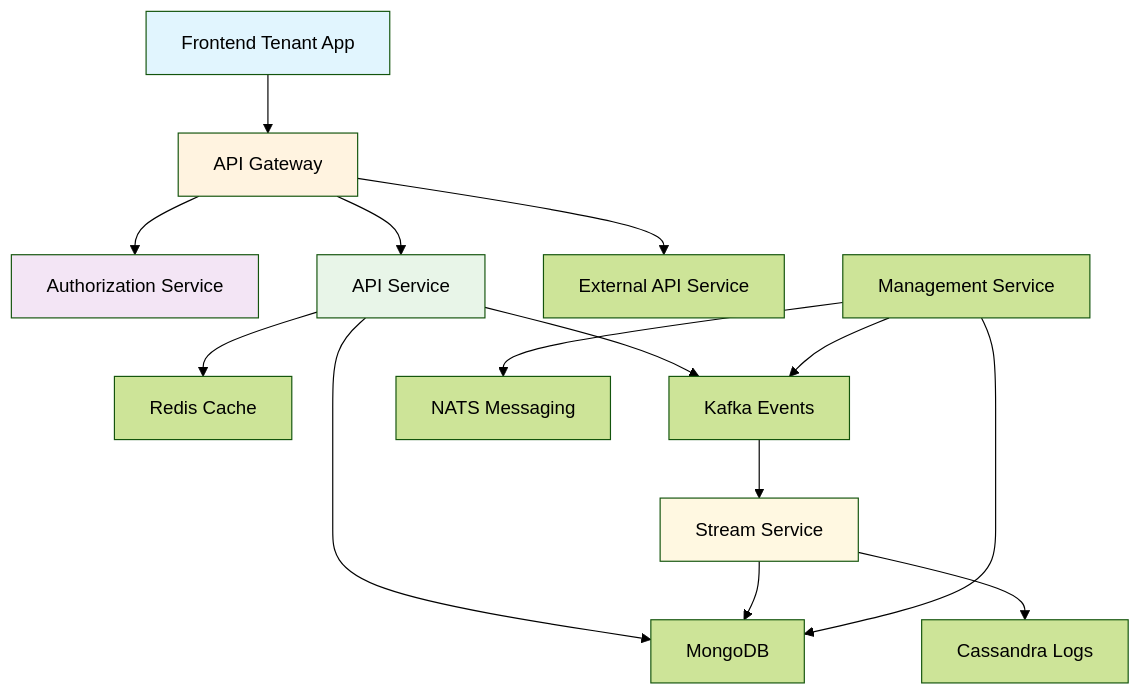
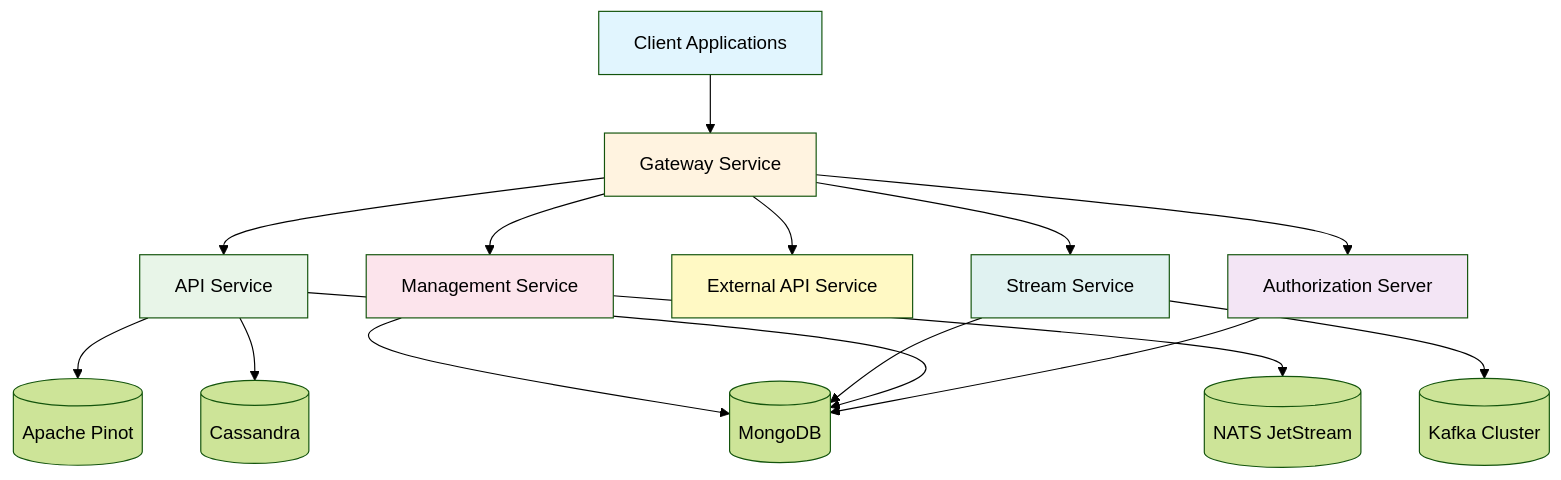
The second of 2 diagrams in docs/getting-started/introduction.md (Praesto-Pro/openframe-oss-tenant), drawn with Mermaid (forest theme) before and after one commit. The commit also changed other lines of this file and 149 other files, not shown here.

````diff
--- a/docs/getting-started/introduction.md
+++ b/docs/getting-started/introduction.md
@@ -45,25 +80,29 @@
 ```mermaid
-graph TD
-    A[Frontend Tenant App] --> B[API Gateway]
-    B --> C[Authorization Service]
-    B --> D[API Service]
-    B --> E[External API Service]
+flowchart TD
+    Client[Client Applications] --> Gateway[Gateway Service]
     
-    D --> F[MongoDB]
-    D --> G[Redis Cache]
-    D --> H[Kafka Events]
+    Gateway --> Auth[Authorization Server]
+    Gateway --> API[API Service]
+    Gateway --> External[External API Service]
+    Gateway --> Mgmt[Management Service]
+    Gateway --> Stream[Stream Service]
     
-    H --> I[Stream Service]
-    I --> F
-    I --> J[Cassandra Logs]
+    Auth --> Mongo[(MongoDB)]
+    API --> Mongo
+    API --> Pinot[(Apache Pinot)]
+    API --> Cassandra[(Cassandra)]
     
-    K[Management Service] --> F
-    K --> H
-    K --> L[NATS Messaging]
+    Stream --> Kafka[(Kafka Cluster)]
+    Stream --> Mongo
     
-    style A fill:#e1f5fe
-    style B fill:#fff3e0
-    style C fill:#f3e5f5
-    style D fill:#e8f5e8
-    style I fill:#fff8e1
+    Mgmt --> NATS[(NATS JetStream)]
+    Mgmt --> Mongo
+    
+    style Client fill:#e1f5fe
+    style Gateway fill:#fff3e0
+    style Auth fill:#f3e5f5
+    style API fill:#e8f5e8
+    style External fill:#fff9c4
+    style Mgmt fill:#fce4ec
+    style Stream fill:#e0f2f1
 ```
````
